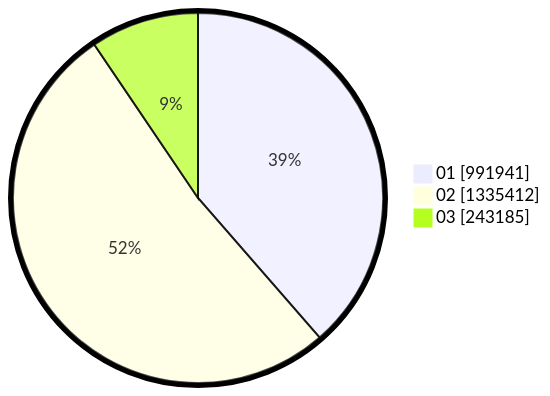
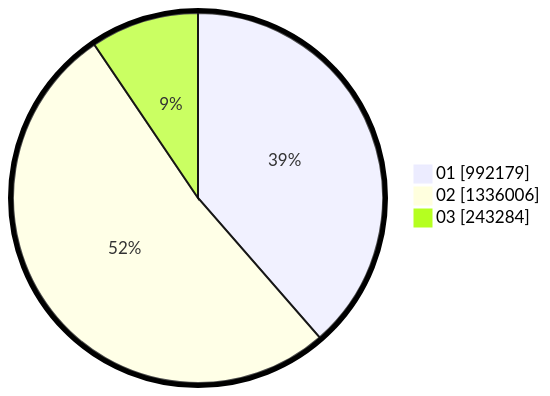
One commit to gigit-pemilu/pemilu-2024 changed the second of 2 diagrams in pilpres/hitung-suara/sub/table-wilayah-14.md. Above: the diagram before and after it, drawn with Mermaid. The commit also changed other lines of this file and 8 other files, not shown here.

````diff
--- a/pilpres/hitung-suara/sub/table-wilayah-14.md
+++ b/pilpres/hitung-suara/sub/table-wilayah-14.md
@@ -15,7 +15,7 @@
 ```mermaid
 %%{init: {"pie": {"textPosition": 0.5}, "themeVariables": {"pieOuterStrokeWidth": "5px"}} }%%
 pie showData
-    "01" : 991941
-    "02" : 1335412
-    "03" : 243185
+    "01" : 992179
+    "02" : 1336006
+    "03" : 243284
 ```
````
